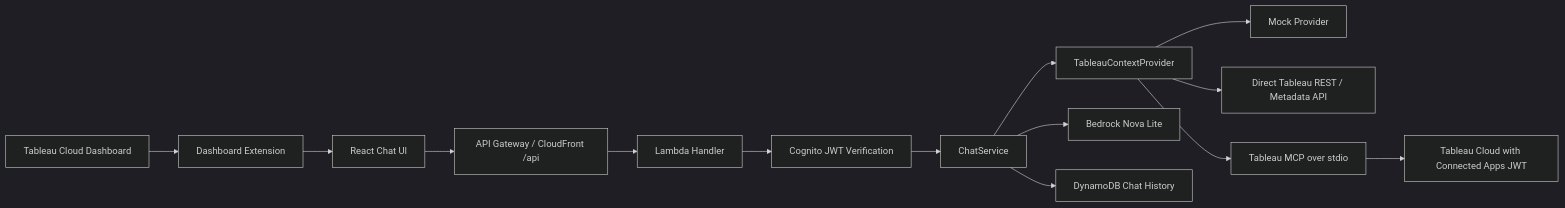
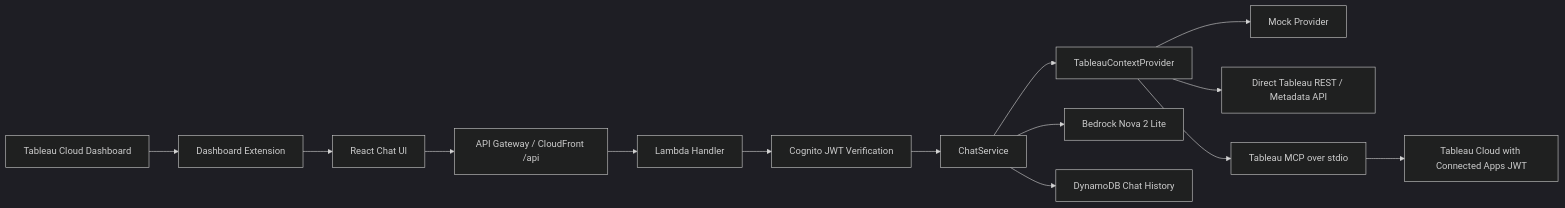
One commit to Chasoso/tableau-chat-extension changed the diagram in README.md. Above: the diagram before and after it, drawn with Mermaid (dark theme). The commit also changed other lines of this file and 6 other files, not shown here.

````diff
--- a/README.md
+++ b/README.md
@@ -20,16 +20,16 @@
 ```mermaid
 flowchart LR
   A[Tableau Cloud Dashboard] --> B[Dashboard Extension]
   B --> C[React Chat UI]
   C --> D[API Gateway / CloudFront /api]
   D --> E[Lambda Handler]
   E --> F[Cognito JWT Verification]
   F --> G[ChatService]
   G --> H[TableauContextProvider]
   H --> I[Mock Provider]
   H --> J[Direct Tableau REST / Metadata API]
   H --> K[Tableau MCP over stdio]
   K --> L[Tableau Cloud with Connected Apps JWT]
-  G --> M[Bedrock Nova Lite]
+  G --> M[Bedrock Nova 2 Lite]
   G --> N[DynamoDB Chat History]
 ```
````
